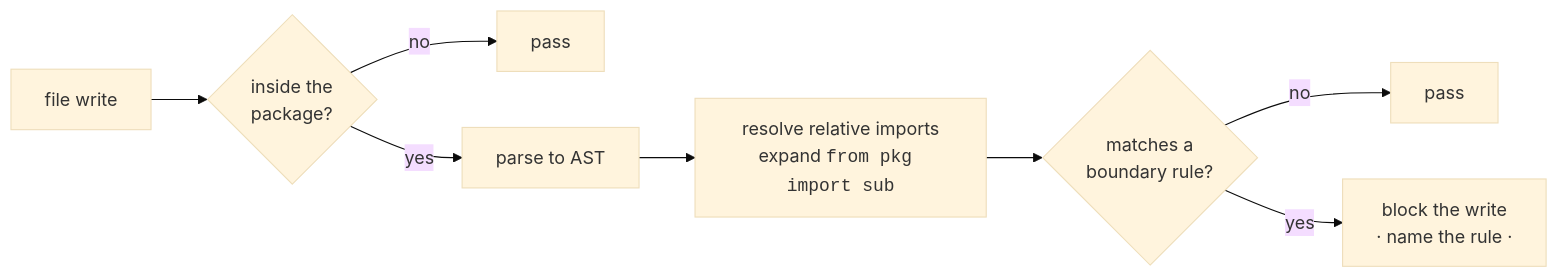
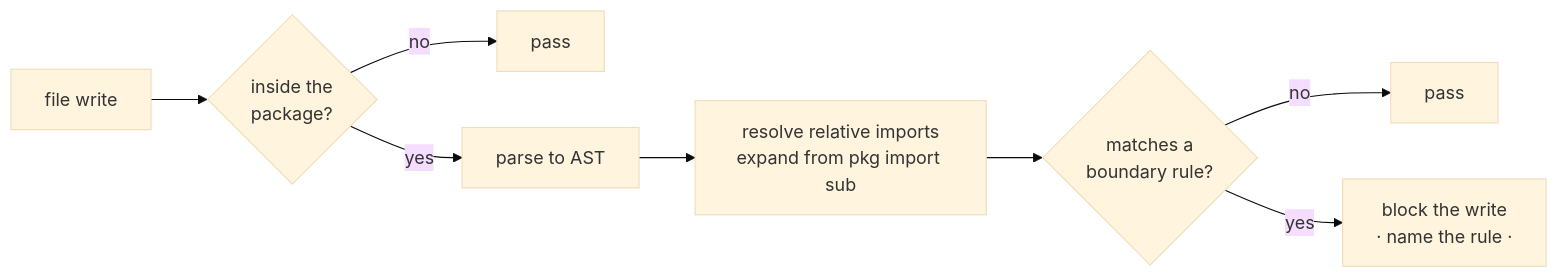
The second of 2 diagrams in docs/01-architecture.md (santdl/erp-analytics-architecture), drawn with Mermaid (base theme) before and after one commit. The commit also changed other lines of this file and 1 other file, not shown here.

Commit message:
Fix mermaid subgraph syntax in README diagram

````diff
--- a/docs/01-architecture.md
+++ b/docs/01-architecture.md
@@ -63,10 +63,10 @@
 ```mermaid
 flowchart LR
   W["file write"] --> P{"inside the<br/>package?"}
   P -->|no| OK1["pass"]
   P -->|yes| A["parse to AST"]
-  A --> R["resolve relative imports<br/>expand <code>from pkg import sub</code>"]
+  A --> R["resolve relative imports<br/>expand from pkg import sub"]
   R --> M{"matches a<br/>boundary rule?"}
   M -->|no| OK2["pass"]
   M -->|yes| BLOCK["block the write<br/>· name the rule ·"]
 ```
````
